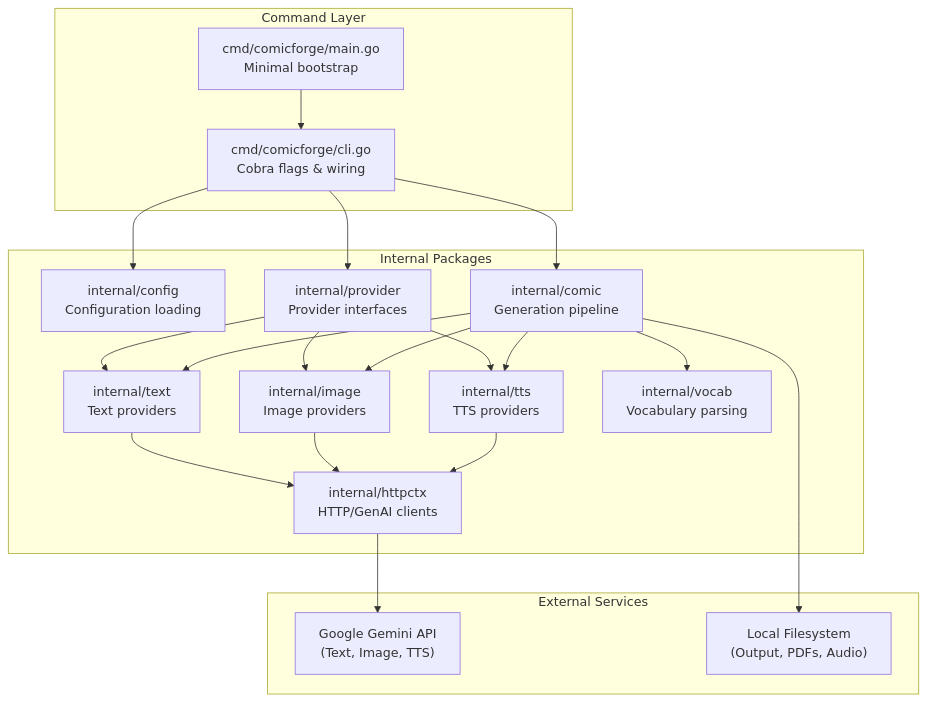
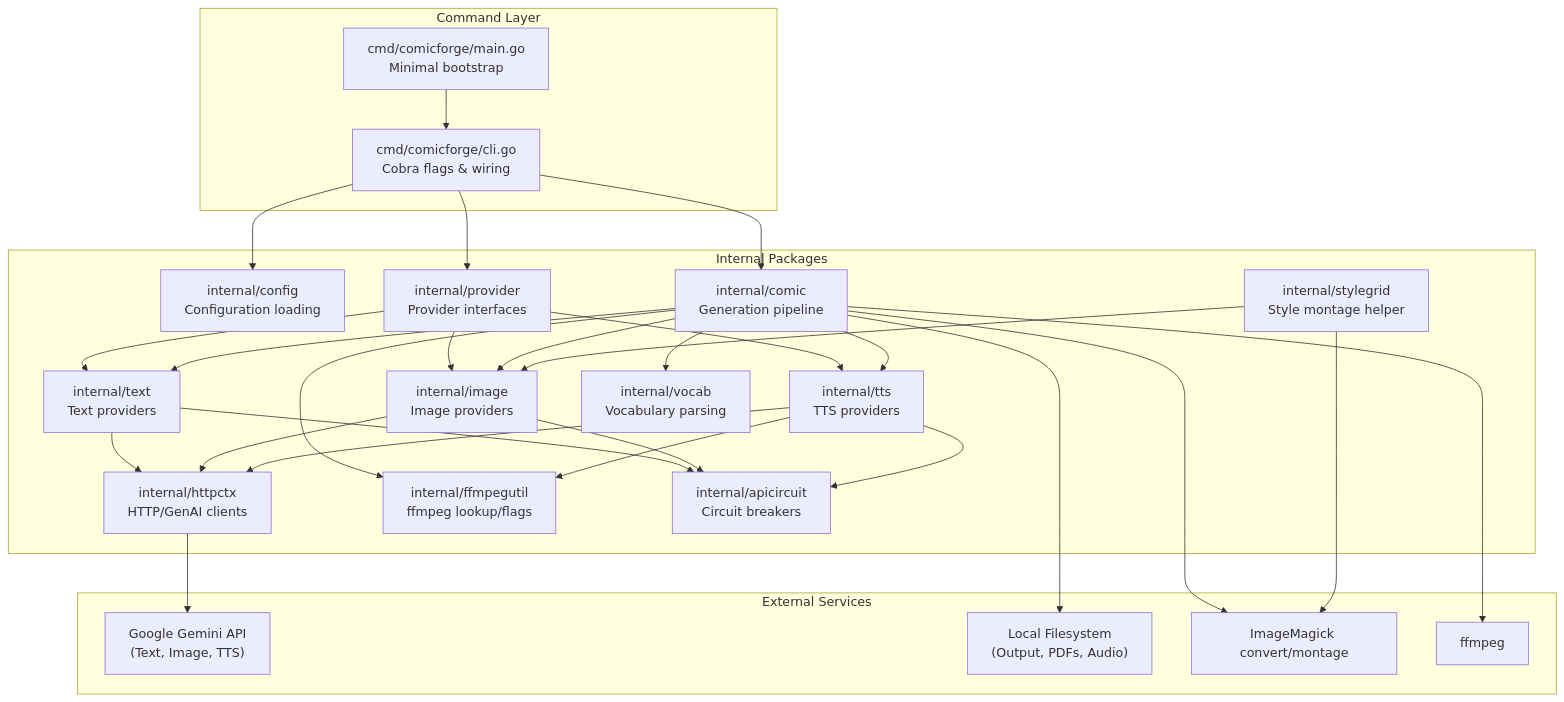
One commit to snonux/comicforge changed the first of 12 diagrams in docs/ARCHITECTURE.md. Above: the diagram before and after it, drawn with Mermaid. The commit also changed other lines of this file and 3 other files, not shown here.

First line of the commit message:
Refresh docs for map styles, deps, and architecture drift.

````diff
--- a/docs/ARCHITECTURE.md
+++ b/docs/ARCHITECTURE.md
@@ -32,40 +32,54 @@
 ```mermaid
 graph TB
     subgraph CLI["Command Layer"]
         CMD["cmd/comicforge/main.go<br/>Minimal bootstrap"]
         CLI_GO["cmd/comicforge/cli.go<br/>Cobra flags & wiring"]
     end
 
     subgraph Internal["Internal Packages"]
         CFG["internal/config<br/>Configuration loading"]
         PRV["internal/provider<br/>Provider interfaces"]
         COM["internal/comic<br/>Generation pipeline"]
         IMG["internal/image<br/>Image providers"]
         TXT["internal/text<br/>Text providers"]
         TTS["internal/tts<br/>TTS providers"]
         VOC["internal/vocab<br/>Vocabulary parsing"]
         HTP["internal/httpctx<br/>HTTP/GenAI clients"]
+        FF["internal/ffmpegutil<br/>ffmpeg lookup/flags"]
+        SG["internal/stylegrid<br/>Style montage helper"]
+        CIR["internal/apicircuit<br/>Circuit breakers"]
     end
 
     subgraph External["External Services"]
         GEMINI["Google Gemini API<br/>(Text, Image, TTS)"]
         FS["Local Filesystem<br/>(Output, PDFs, Audio)"]
+        IM["ImageMagick convert/montage"]
+        FFMPEG["ffmpeg"]
     end
 
     CMD --> CLI_GO
     CLI_GO --> CFG
     CLI_GO --> COM
     CLI_GO --> PRV
     PRV --> TXT
     PRV --> IMG
     PRV --> TTS
     COM --> TXT
     COM --> IMG
     COM --> TTS
     COM --> VOC
+    COM --> FF
     TXT --> HTP
     IMG --> HTP
     TTS --> HTP
+    TTS --> FF
     HTP --> GEMINI
     COM --> FS
+    COM --> IM
+    COM --> FFMPEG
+    SG --> IMG
+    SG --> IM
+    TXT --> CIR
+    IMG --> CIR
+    TTS --> CIR
 ```
````
